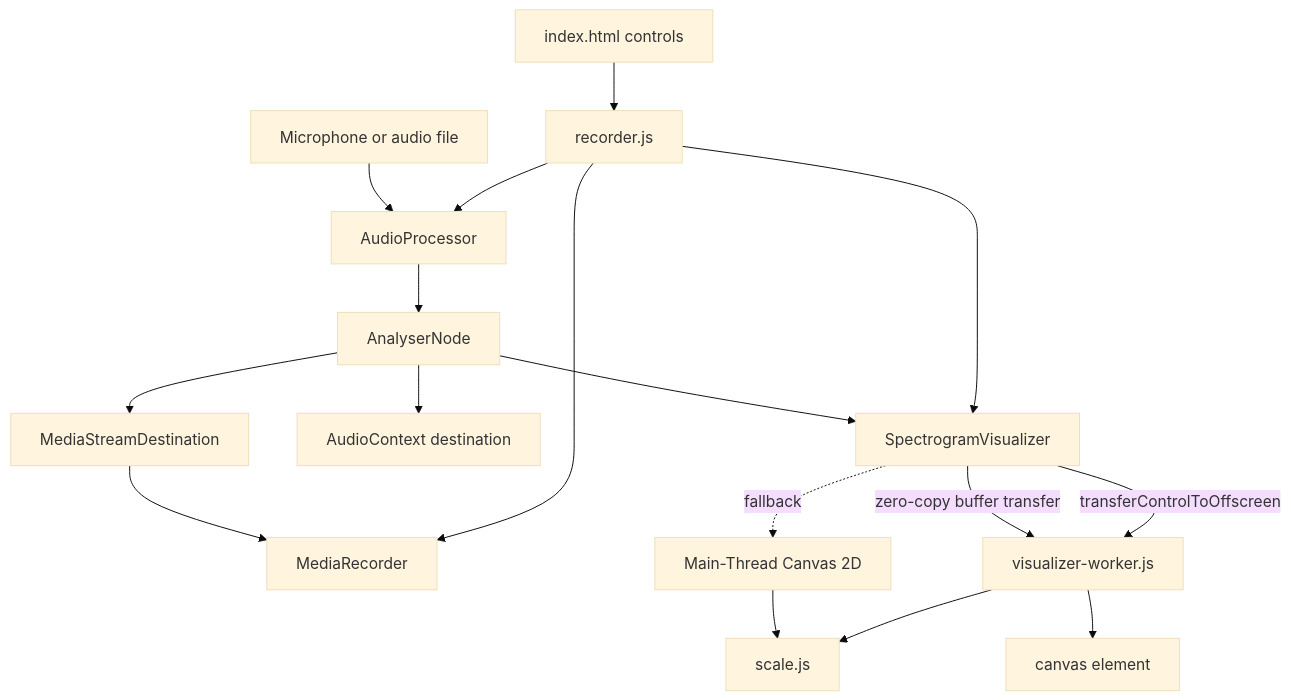
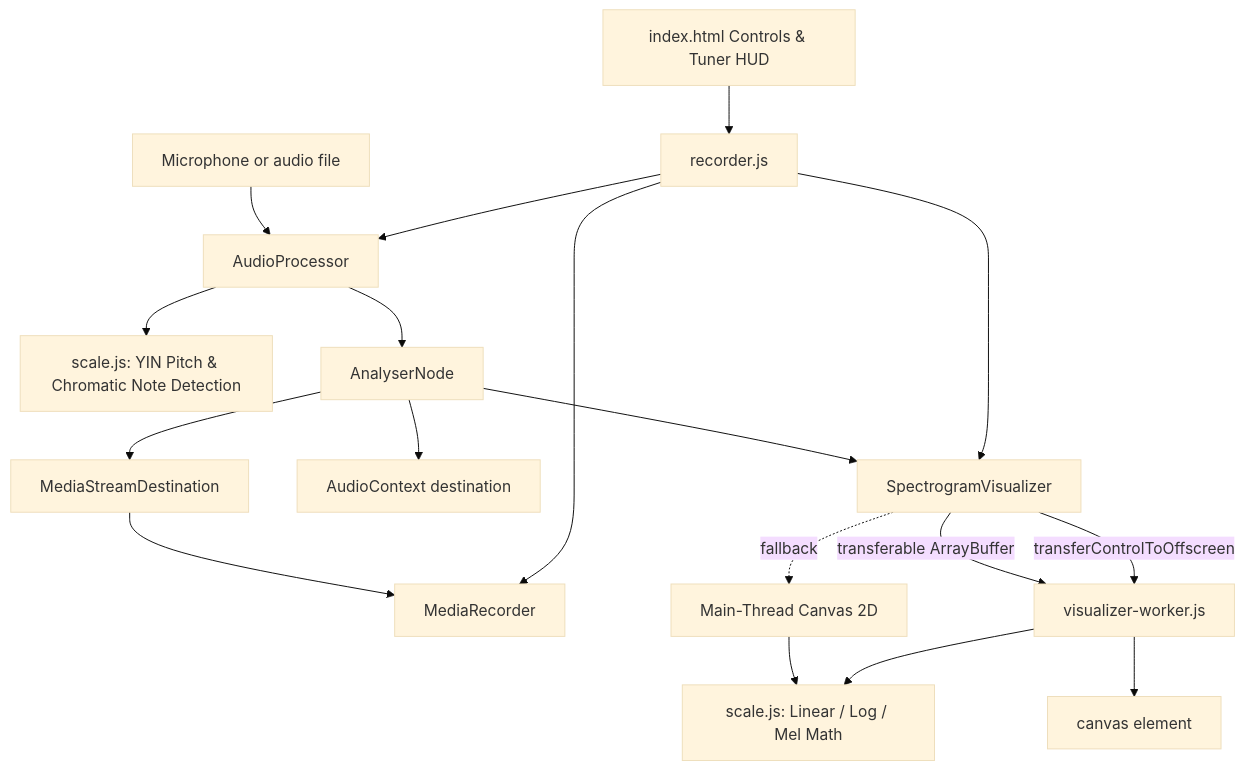
The diagram in projects/misc/audio-spectrogram-analyzer/ARCHITECTURE.md (Facelessism/cradle), drawn with Mermaid (base theme) before and after one commit. The commit also changed other lines of this file and 8 other files, not shown here.

Commit message:
feat(audio-spectrogram): add Mel scale, YIN F0 pitch detection, tuner meter, and hover cursor

````diff
--- a/projects/misc/audio-spectrogram-analyzer/ARCHITECTURE.md
+++ b/projects/misc/audio-spectrogram-analyzer/ARCHITECTURE.md
@@ -39,19 +46,20 @@
 ```mermaid
 graph TD
-    UI[index.html controls] --> Bootstrap[recorder.js]
+    UI[index.html Controls & Tuner HUD] --> Bootstrap[recorder.js]
     Bootstrap --> Processor[AudioProcessor]
     Bootstrap --> Visualizer[SpectrogramVisualizer]
     Bootstrap --> Recorder[MediaRecorder]
     Visualizer -->|transferControlToOffscreen| Worker[visualizer-worker.js]
     Visualizer -.->|fallback| MainCanvas[Main-Thread Canvas 2D]
-    Worker --> Scale[scale.js]
+    Worker --> Scale[scale.js: Linear / Log / Mel Math]
     MainCanvas --> Scale
+    Processor --> ScalePitch[scale.js: YIN Pitch & Chromatic Note Detection]
     Source[Microphone or audio file] --> Processor
     Processor --> Analyser[AnalyserNode]
     Analyser --> Speakers[AudioContext destination]
     Analyser --> Stream[MediaStreamDestination]
     Stream --> Recorder
     Analyser --> Visualizer
-    Visualizer -->|zero-copy buffer transfer| Worker
+    Visualizer -->|transferable ArrayBuffer| Worker
     Worker --> DisplayCanvas[canvas element]
 ```
````
